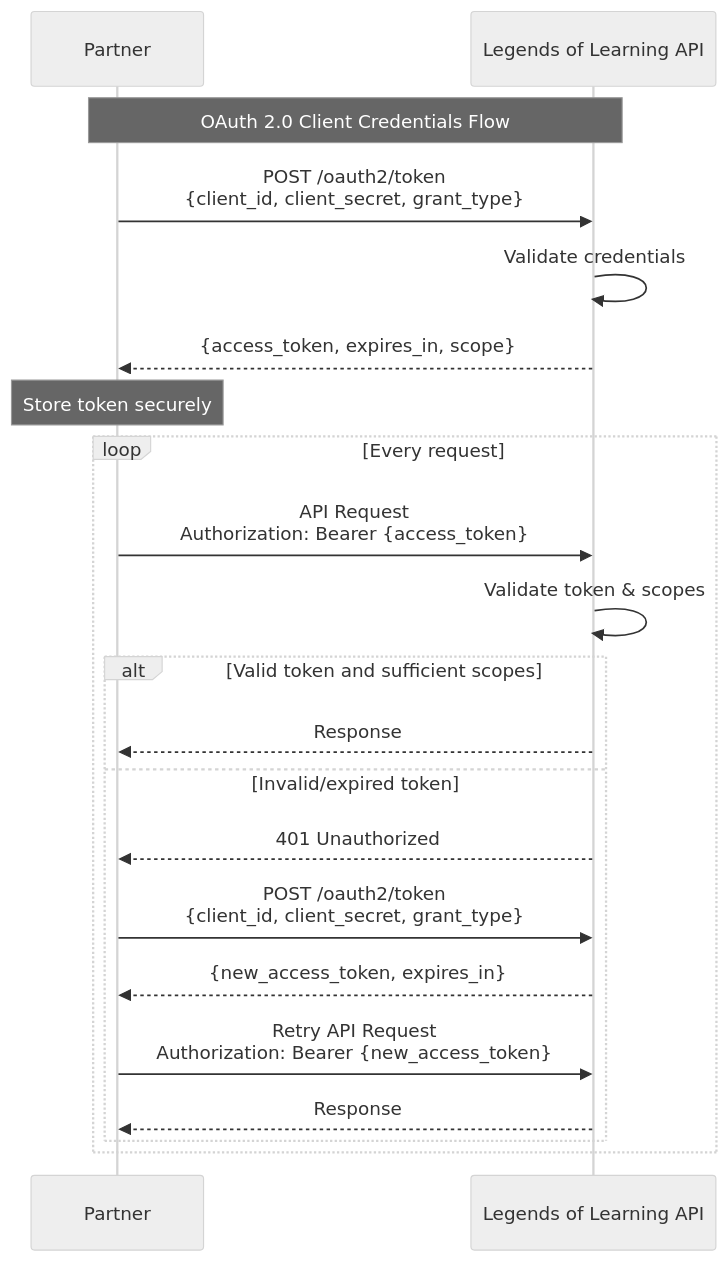
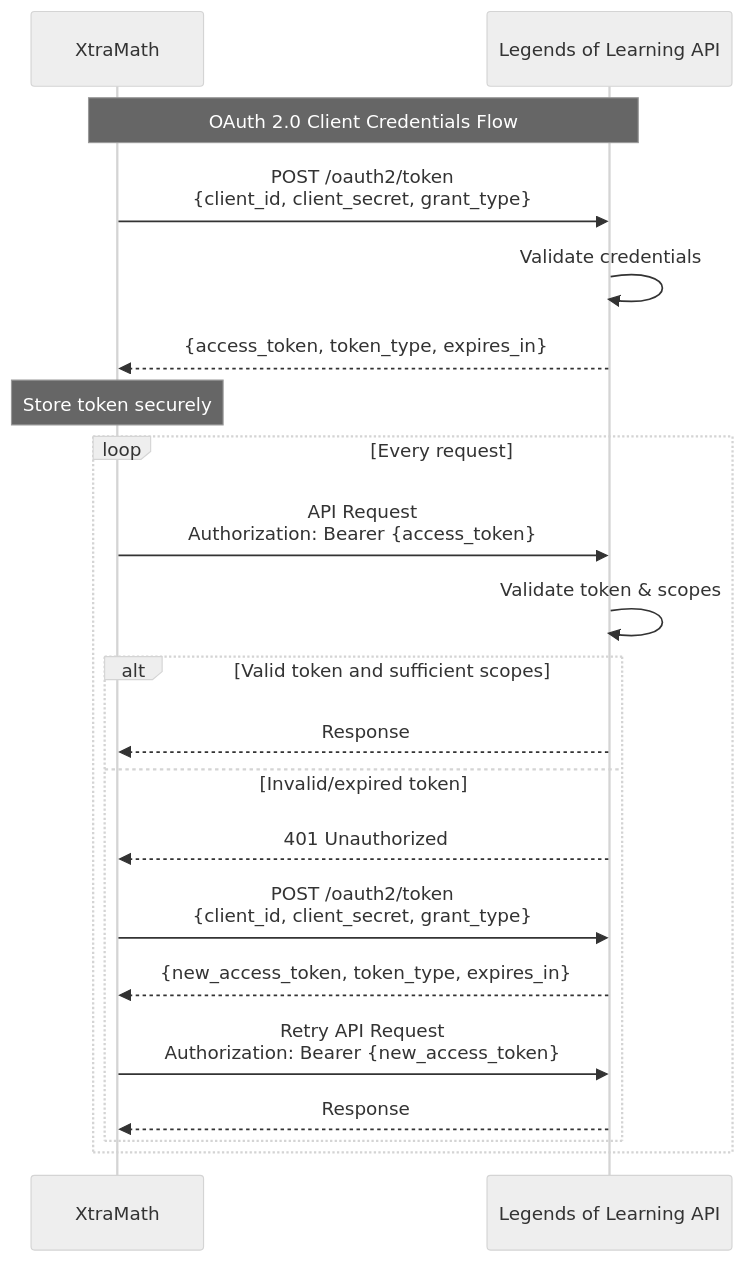
Before and after one commit to LegendsOfLearning/rest-api-showcase: the first of 2 diagrams in legends-api-spec.md, drawn with Mermaid (neutral theme). The commit also changed other lines of this file and 36 other files, not shown here.

Commit message:
feat(rest-api-playground): refactor API code for better maintainability - Add centralized apiHelpers.ts for common functionality - Improve error handling and logging - Add type safety improvements - Add cookie management utilities - Refactor auth and legends routes to use shared utilities

````diff
--- a/legends-api-spec.md
+++ b/legends-api-spec.md
@@ -104,27 +82,27 @@
 ```mermaid
 sequenceDiagram
-    participant Partner as Partner
+    participant XM as XtraMath
     participant LoL as Legends of Learning API
     
-    Note over Partner, LoL: OAuth 2.0 Client Credentials Flow
+    Note over XM, LoL: OAuth 2.0 Client Credentials Flow
     
-    Partner->>LoL: POST /oauth2/token<br/>{client_id, client_secret, grant_type}
+    XM->>LoL: POST /oauth2/token<br/>{client_id, client_secret, grant_type}
     LoL->>LoL: Validate credentials
-    LoL-->>Partner: {access_token, expires_in, scope}
+    LoL-->>XM: {access_token, token_type, expires_in}
     
-    Note over Partner: Store token securely
+    Note over XM: Store token securely
     
     loop Every request
-        Partner->>LoL: API Request<br/>Authorization: Bearer {access_token}
+        XM->>LoL: API Request<br/>Authorization: Bearer {access_token}
         LoL->>LoL: Validate token & scopes
         alt Valid token and sufficient scopes
-            LoL-->>Partner: Response
+            LoL-->>XM: Response
         else Invalid/expired token
-            LoL-->>Partner: 401 Unauthorized
-            Partner->>LoL: POST /oauth2/token<br/>{client_id, client_secret, grant_type}
-            LoL-->>Partner: {new_access_token, expires_in}
-            Partner->>LoL: Retry API Request<br/>Authorization: Bearer {new_access_token}
-            LoL-->>Partner: Response
+            LoL-->>XM: 401 Unauthorized
+            XM->>LoL: POST /oauth2/token<br/>{client_id, client_secret, grant_type}
+            LoL-->>XM: {new_access_token, token_type, expires_in}
+            XM->>LoL: Retry API Request<br/>Authorization: Bearer {new_access_token}
+            LoL-->>XM: Response
         end
     end
 ```
````
